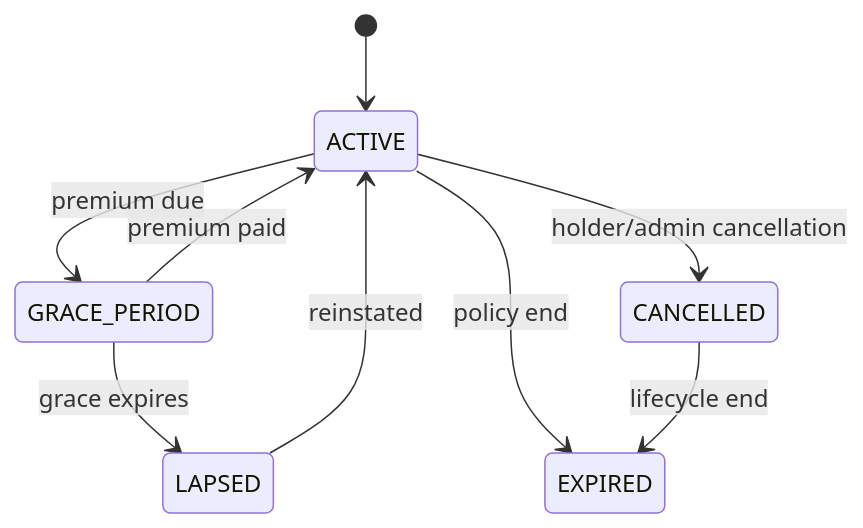
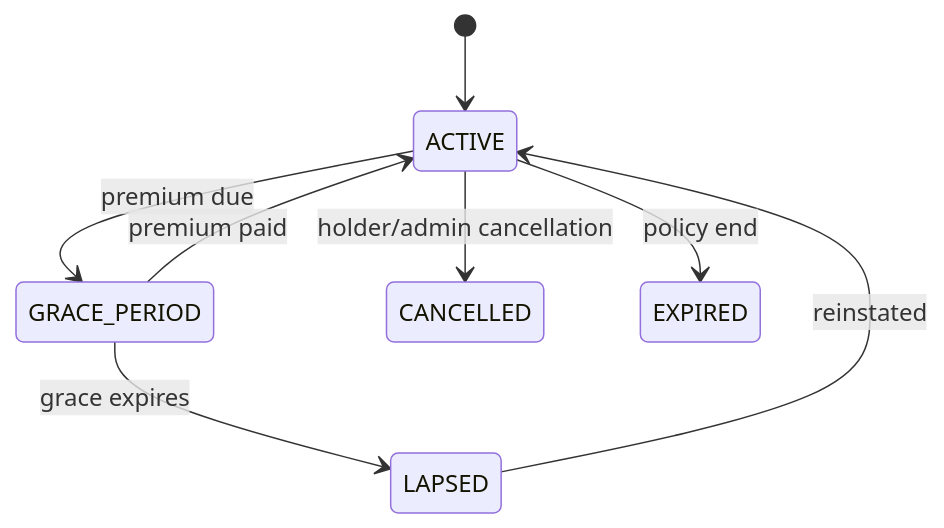
The third of 5 diagrams in reference/block-insure-deep-technical-reference.md (kazi-kamruddin/Block-Insure), drawn with Mermaid before and after one commit. The commit also changed other lines of this file and 68 other files, not shown here.

````diff
--- a/reference/block-insure-deep-technical-reference.md
+++ b/reference/block-insure-deep-technical-reference.md
@@ -2737,11 +2843,10 @@
 ```mermaid
 stateDiagram-v2
     [*] --> ACTIVE
     ACTIVE --> GRACE_PERIOD: premium due
     GRACE_PERIOD --> ACTIVE: premium paid
     GRACE_PERIOD --> LAPSED: grace expires
     LAPSED --> ACTIVE: reinstated
     ACTIVE --> CANCELLED: holder/admin cancellation
     ACTIVE --> EXPIRED: policy end
-    CANCELLED --> EXPIRED: lifecycle end
 ```
````
